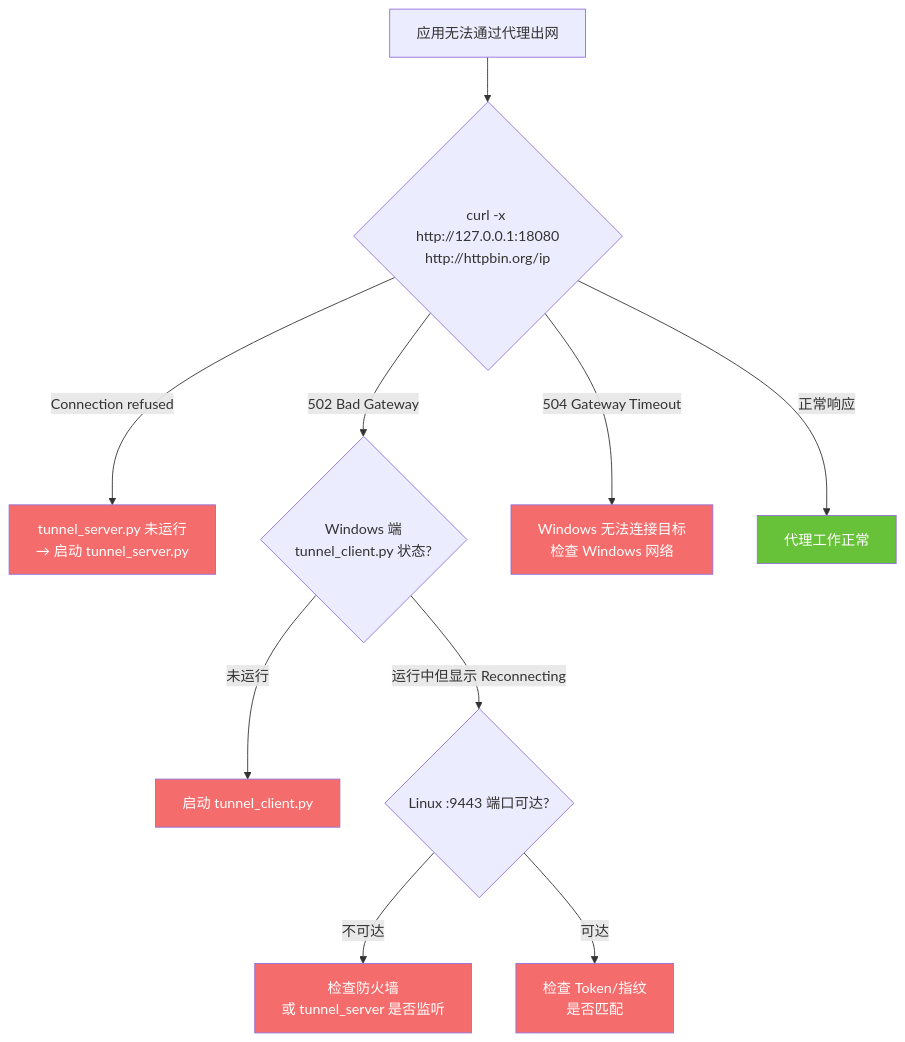
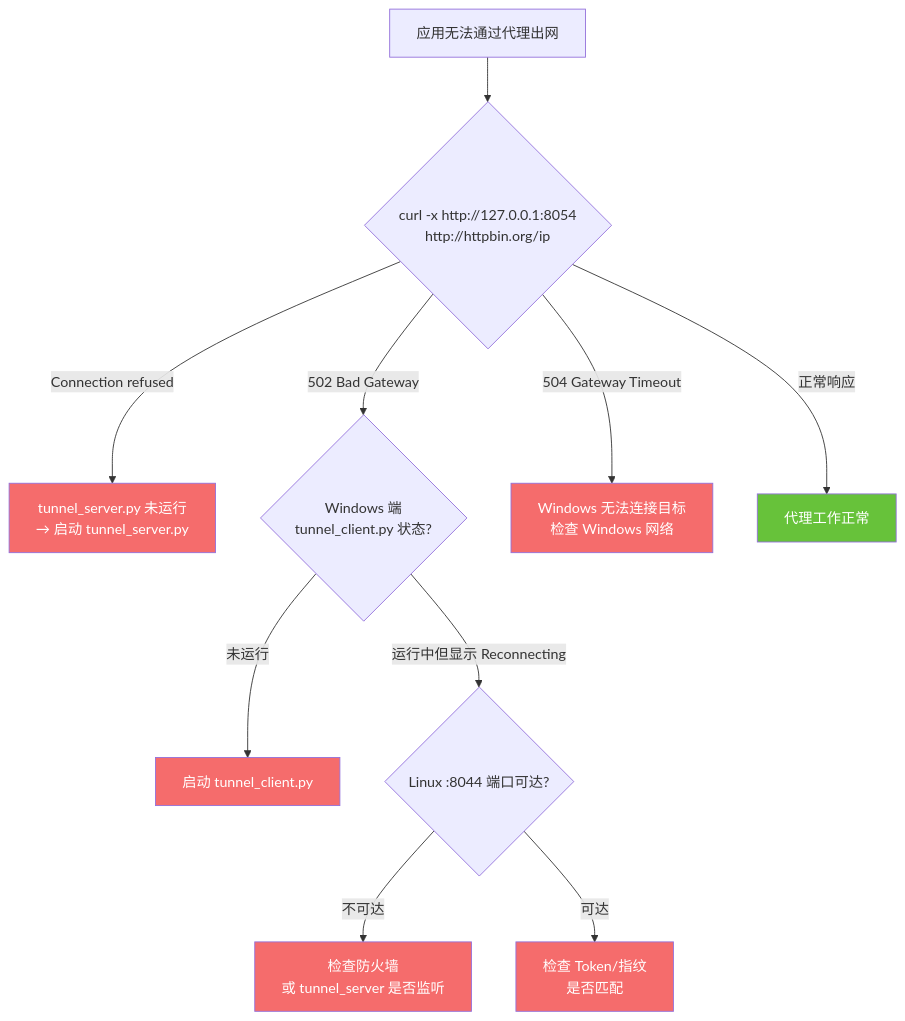
Before and after one commit to scutshuxue/ai-coding-research: diagram 18 of 18 in dev_project/proxy-tunnel/wss-tunnel-design.md, drawn with Mermaid. The commit also changed other lines of this file and 1 other file, not shown here.

````diff
--- a/dev_project/proxy-tunnel/wss-tunnel-design.md
+++ b/dev_project/proxy-tunnel/wss-tunnel-design.md
@@ -756,23 +775,23 @@
 ```mermaid
 flowchart TD
-    START["应用无法通过代理出网"] --> CHECK1{"curl -x http://127.0.0.1:18080<br/>http://httpbin.org/ip"}
+    START["应用无法通过代理出网"] --> CHECK1{"curl -x http://127.0.0.1:8054<br/>http://httpbin.org/ip"}
 
     CHECK1 -->|"Connection refused"| FIX1["tunnel_server.py 未运行<br/>→ 启动 tunnel_server.py"]
 
     CHECK1 -->|"502 Bad Gateway"| CHECK2{"Windows 端<br/>tunnel_client.py 状态?"}
     CHECK2 -->|"未运行"| FIX2["启动 tunnel_client.py"]
-    CHECK2 -->|"运行中但显示 Reconnecting"| CHECK3{"Linux :9443 端口可达?"}
+    CHECK2 -->|"运行中但显示 Reconnecting"| CHECK3{"Linux :8044 端口可达?"}
     CHECK3 -->|"不可达"| FIX3["检查防火墙<br/>或 tunnel_server 是否监听"]
     CHECK3 -->|"可达"| FIX4["检查 Token/指纹<br/>是否匹配"]
 
     CHECK1 -->|"504 Gateway Timeout"| FIX5["Windows 无法连接目标<br/>检查 Windows 网络"]
 
     CHECK1 -->|"正常响应"| OK["代理工作正常"]
 
     style OK fill:#67c23a,color:#fff
     style FIX1 fill:#f56c6c,color:#fff
     style FIX2 fill:#f56c6c,color:#fff
     style FIX3 fill:#f56c6c,color:#fff
     style FIX4 fill:#f56c6c,color:#fff
     style FIX5 fill:#f56c6c,color:#fff
 ```
````
